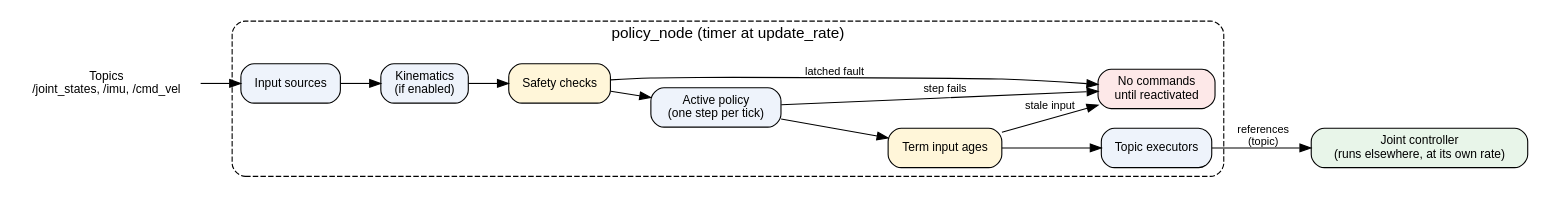
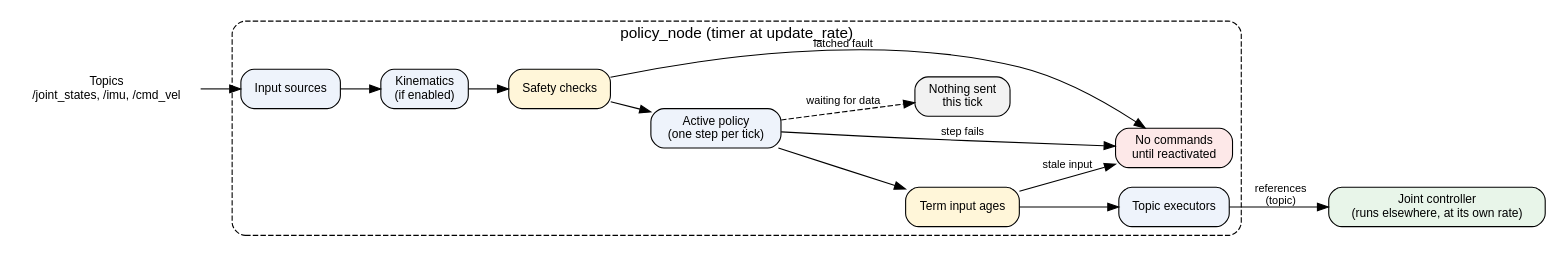
The first of 3 diagrams in docs/hosts.rst (saikishor/ros2_policy_framework), drawn with Graphviz before and after one commit. The commit also changed other lines of this file, not shown here.

Commit message:
Add the hold, read failure and waiting paths to the host diagrams and correct the fault reactions

```diff
--- a/docs/hosts.rst
+++ b/docs/hosts.rst
@@ -13,25 +15,27 @@
 .. graphviz::
 
    digraph node_host {
      rankdir=LR;
      node [shape=box, style="rounded,filled", fillcolor="#eef3fb", fontname="Helvetica", fontsize=11];
      edge [fontname="Helvetica", fontsize=10];
      topics [label="Topics\n/joint_states, /imu, /cmd_vel", shape=plaintext, fillcolor=none];
      subgraph cluster_node {
        label="policy_node (timer at update_rate)"; style="rounded,dashed"; fontname="Helvetica";
        sources [label="Input sources"];
        kin [label="Kinematics\n(if enabled)"];
        safety [label="Safety checks", fillcolor="#fff6d9"];
        policy [label="Active policy\n(one step per tick)"];
        ages [label="Term input ages", fillcolor="#fff6d9"];
        execs [label="Topic executors"];
        stop [label="No commands\nuntil reactivated", fillcolor="#fde8e8"];
+       wait [label="Nothing sent\nthis tick", fillcolor="#f2f2f2"];
        sources -> kin -> safety -> policy -> ages -> execs;
+       policy -> wait [label="waiting for data", style=dashed];
        safety -> stop [label="latched fault"];
        policy -> stop [label="step fails"];
        ages -> stop [label="stale input"];
      }
      joint_ctrl [label="Joint controller\n(runs elsewhere, at its own rate)", fillcolor="#e8f5e9"];
      topics -> sources;
      execs -> joint_ctrl [label="references\n(topic)"];
    }
```
